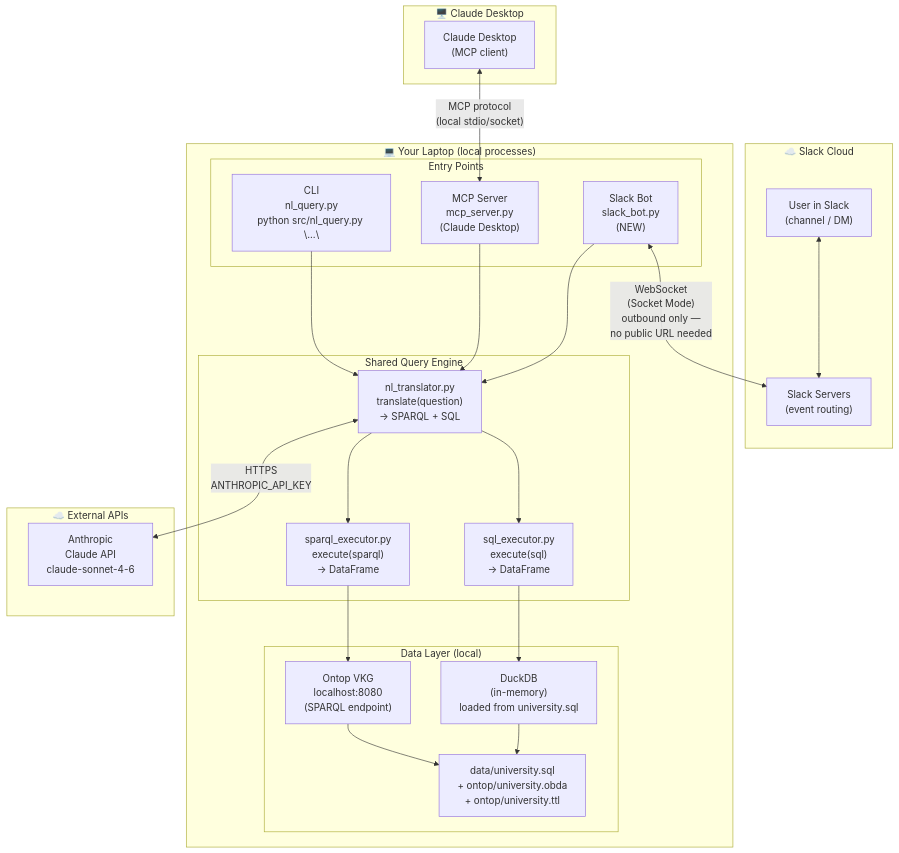
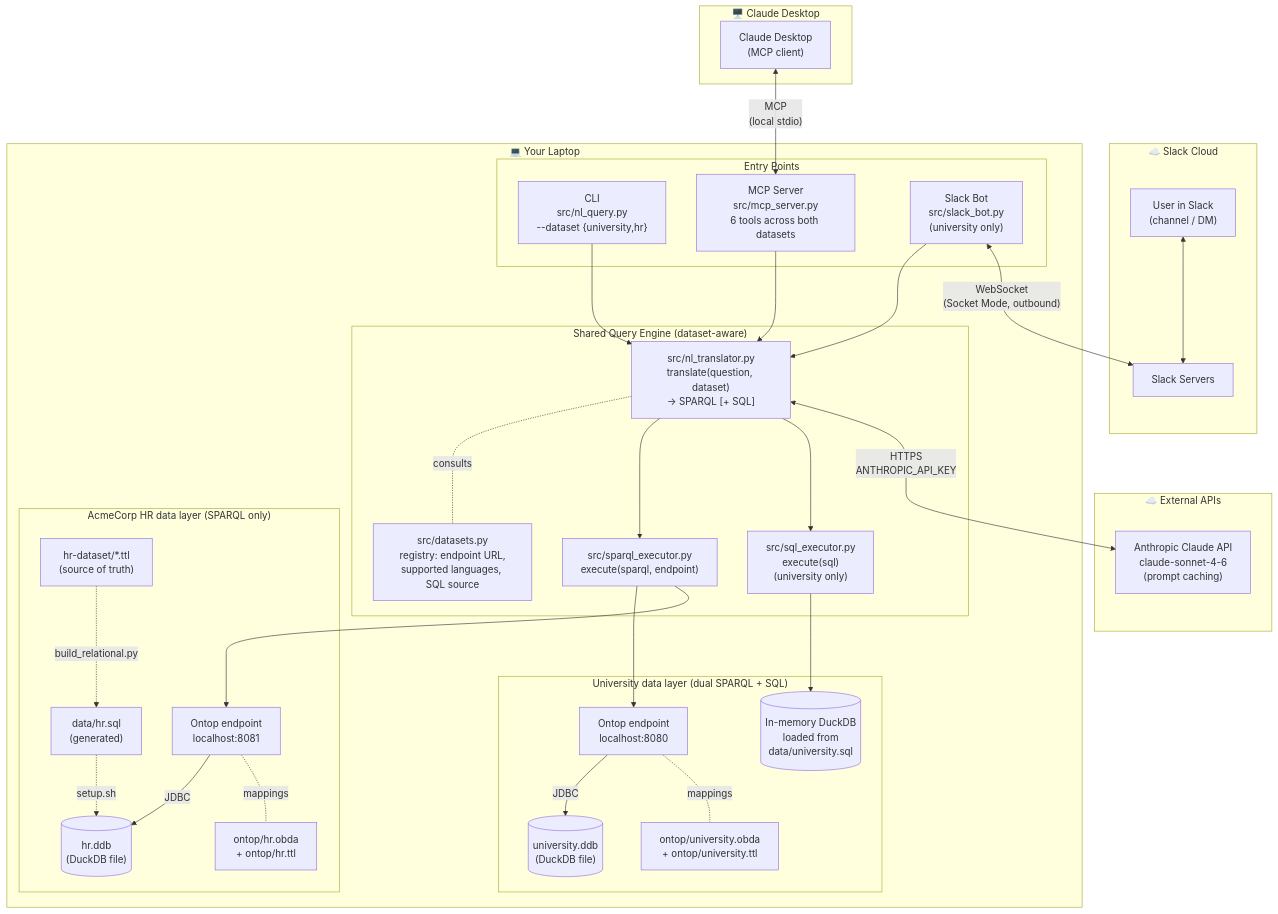
Before and after one commit to navinbudhiraja/rdf-test: the diagram in doc/architecture.md, drawn with Mermaid. The commit also changed other lines of this file, not shown here.

Commit message:
updated architecture

````diff
--- a/doc/architecture.md
+++ b/doc/architecture.md
@@ -5,58 +9,71 @@
 ```mermaid
 flowchart TB
     subgraph SLACK["☁️  Slack Cloud"]
-        SU["User in Slack\n(channel / DM)"]
-        SS["Slack Servers\n(event routing)"]
+        SU["User in Slack<br/>(channel / DM)"]
+        SS["Slack Servers"]
         SU <--> SS
     end
 
-    subgraph LAPTOP["💻  Your Laptop (local processes)"]
+    subgraph DESKTOP["🖥️  Claude Desktop"]
+        CD["Claude Desktop<br/>(MCP client)"]
+    end
+
+    subgraph CLOUD["☁️  External APIs"]
+        CA["Anthropic Claude API<br/>claude-sonnet-4-6<br/>(prompt caching)"]
+    end
+
+    subgraph LAPTOP["💻  Your Laptop"]
 
         subgraph ENTRY["Entry Points"]
-            CLI["CLI\nnl_query.py\npython src/nl_query.py \"...\""]
-            MCP["MCP Server\nmcp_server.py\n(Claude Desktop)"]
-            BOT["Slack Bot\nslack_bot.py\n(NEW)"]
+            CLI["CLI<br/>src/nl_query.py<br/>--dataset {university,hr}"]
+            MCP["MCP Server<br/>src/mcp_server.py<br/>6 tools across both datasets"]
+            BOT["Slack Bot<br/>src/slack_bot.py<br/>(university only)"]
         end
 
-        subgraph ENGINE["Shared Query Engine"]
-            TR["nl_translator.py\ntranslate(question)\n→ SPARQL + SQL"]
-            SE["sparql_executor.py\nexecute(sparql)\n→ DataFrame"]
-            QE["sql_executor.py\nexecute(sql)\n→ DataFrame"]
+        subgraph ENGINE["Shared Query Engine (dataset-aware)"]
+            DS["src/datasets.py<br/>registry: endpoint URL,<br/>supported languages, SQL source"]
+            TR["src/nl_translator.py<br/>translate(question, dataset)<br/>→ SPARQL [+ SQL]"]
+            SE["src/sparql_executor.py<br/>execute(sparql, endpoint)"]
+            QE["src/sql_executor.py<br/>execute(sql)<br/>(university only)"]
         end
 
-        subgraph DATA["Data Layer (local)"]
-            OT["Ontop VKG\nlocalhost:8080\n(SPARQL endpoint)"]
-            DB["DuckDB\n(in-memory)\nloaded from university.sql"]
-            SQL["data/university.sql\n+ ontop/university.obda\n+ ontop/university.ttl"]
+        subgraph UNI["University data layer (dual SPARQL + SQL)"]
+            OTU["Ontop endpoint<br/>localhost:8080"]
+            UBD[("university.ddb<br/>(DuckDB file)")]
+            UMEM[("In-memory DuckDB<br/>loaded from<br/>data/university.sql")]
+            UMAP["ontop/university.obda<br/>+ ontop/university.ttl"]
+        end
+
+        subgraph HRBOX["AcmeCorp HR data layer (SPARQL only)"]
+            OTH["Ontop endpoint<br/>localhost:8081"]
+            HBD[("hr.ddb<br/>(DuckDB file)")]
+            HMAP["ontop/hr.obda<br/>+ ontop/hr.ttl"]
+            HTTL["hr-dataset/*.ttl<br/>(source of truth)"]
+            HSQL["data/hr.sql<br/>(generated)"]
         end
 
         CLI --> TR
         MCP --> TR
         BOT --> TR
+        TR -.consults.- DS
 
         TR --> SE
         TR --> QE
 
-        SE --> OT
-        QE --> DB
-        OT --> SQL
-        DB --> SQL
+        SE --> OTU
+        SE --> OTH
+        QE --> UMEM
+
+        OTU -- JDBC --> UBD
+        OTU -.mappings.- UMAP
+        OTH -- JDBC --> HBD
+        OTH -.mappings.- HMAP
+
+        HTTL -.->|"build_relational.py"| HSQL
+        HSQL -.->|"setup.sh"| HBD
     end
 
-    subgraph CLOUD["☁️  External APIs"]
-        CA["Anthropic\nClaude API\nclaude-sonnet-4-6"]
-    end
-
-    subgraph DESKTOP["🖥️  Claude Desktop"]
-        CD["Claude Desktop\n(MCP client)"]
-    end
-
-    %% Slack Socket Mode connection (outbound WebSocket from laptop)
-    BOT <-->|"WebSocket\n(Socket Mode)\noutbound only —\nno public URL needed"| SS
-
-    %% Claude Desktop connects to local MCP server
-    CD <-->|"MCP protocol\n(local stdio/socket)"| MCP
-
-    %% Claude API calls from translator
-    TR <-->|"HTTPS\nANTHROPIC_API_KEY"| CA
+    BOT <-->|"WebSocket<br/>(Socket Mode, outbound)"| SS
+    CD <-->|"MCP<br/>(local stdio)"| MCP
+    TR <-->|"HTTPS<br/>ANTHROPIC_API_KEY"| CA
 ```
````
